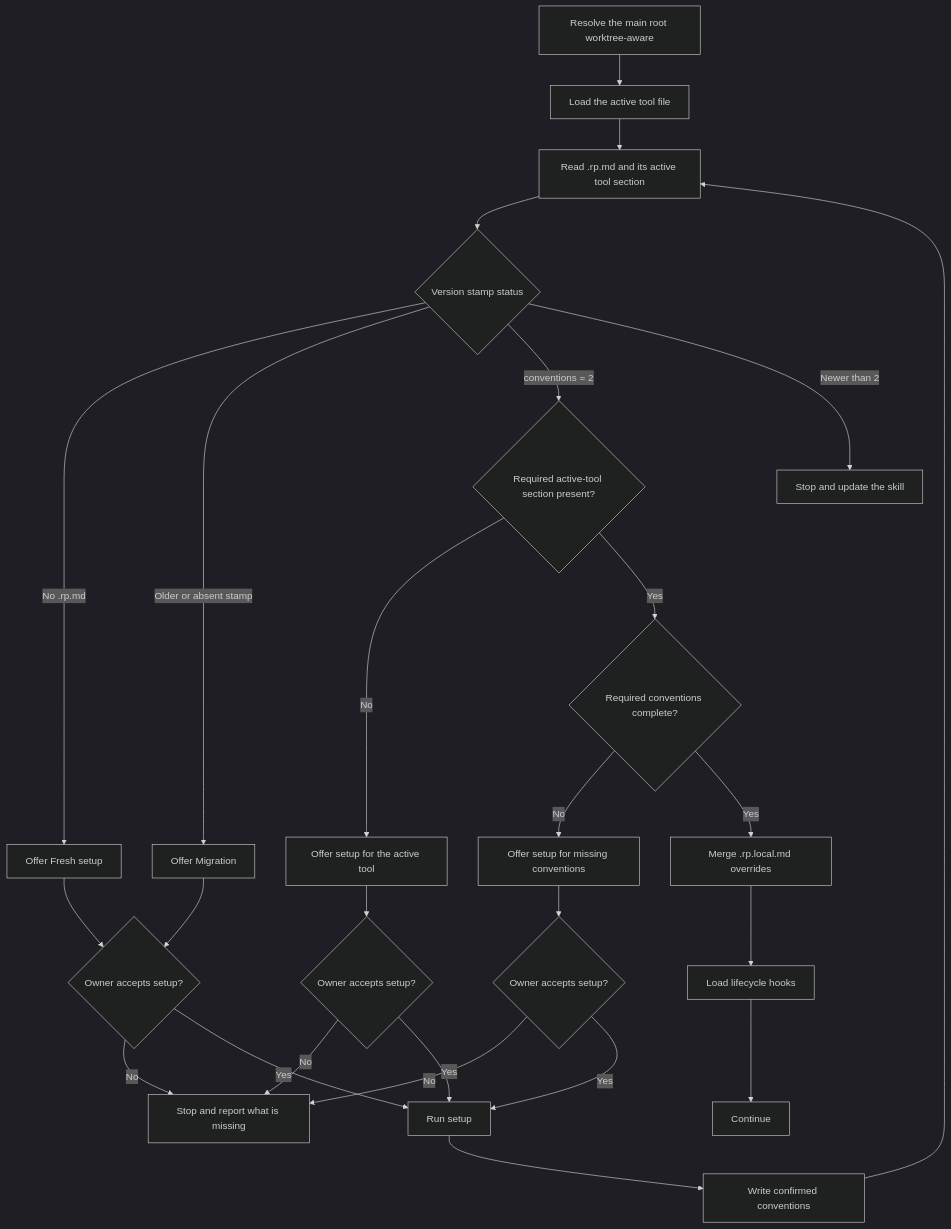
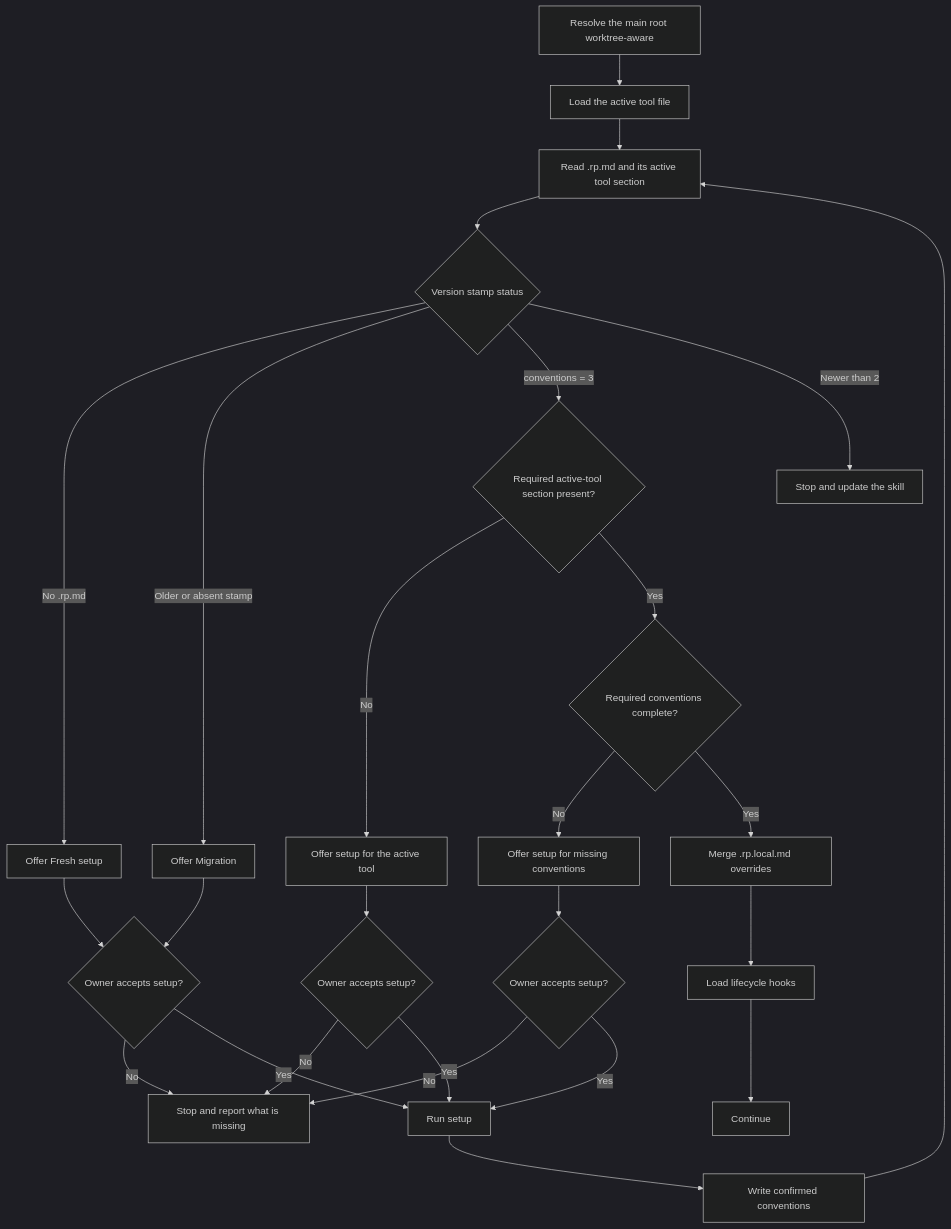
The diagram in docs/flowcharts/load-conventions.md (Automattic/radical-pipelines), drawn with Mermaid (dark theme) before and after one commit. The commit also changed 17 other files, not shown here.

````diff
--- a/docs/flowcharts/load-conventions.md
+++ b/docs/flowcharts/load-conventions.md
@@ -5,28 +5,28 @@
 ```mermaid
 flowchart TD
     A["Resolve the main root worktree-aware"] --> B["Load the active tool file"]
     B --> C["Read .rp.md and its active tool section"]
     C --> H{"Version stamp status"}
     H -->|No .rp.md| I["Offer Fresh setup"]
     H -->|Older or absent stamp| J["Offer Migration"]
-    H -->|"conventions" = 2| D{"Required active-tool section present?"}
+    H -->|"conventions" = 3| D{"Required active-tool section present?"}
     H -->|Newer than 2| L["Stop and update the skill"]
     D -->|No| E["Offer setup for the active tool"]
     E --> F{"Owner accepts setup?"}
     F -->|No| STOP["Stop and report what is missing"]
     F -->|Yes| SETUP["Run setup"]
     SETUP --> WRITE["Write confirmed conventions"]
     WRITE --> C
     D -->|Yes| K{"Required conventions complete?"}
     I --> M{"Owner accepts setup?"}
     J --> M
     M -->|No| STOP
     M -->|Yes| SETUP
     K -->|No| N["Offer setup for missing conventions"]
     N --> O{"Owner accepts setup?"}
     O -->|No| STOP
     O -->|Yes| SETUP
     K -->|Yes| G["Merge .rp.local.md overrides"]
     G --> P["Load lifecycle hooks"]
     P --> Q["Continue"]
 ```
````
